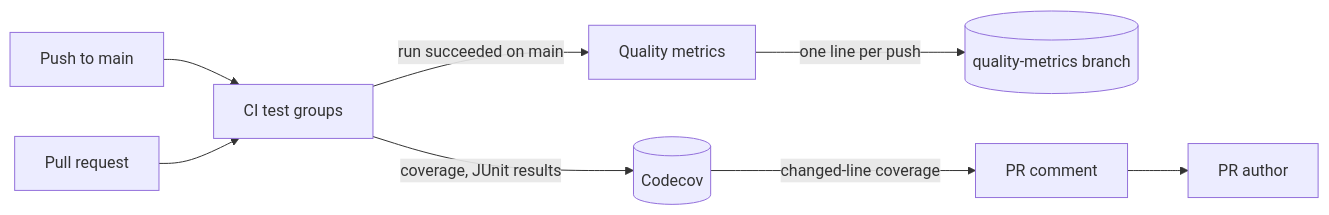
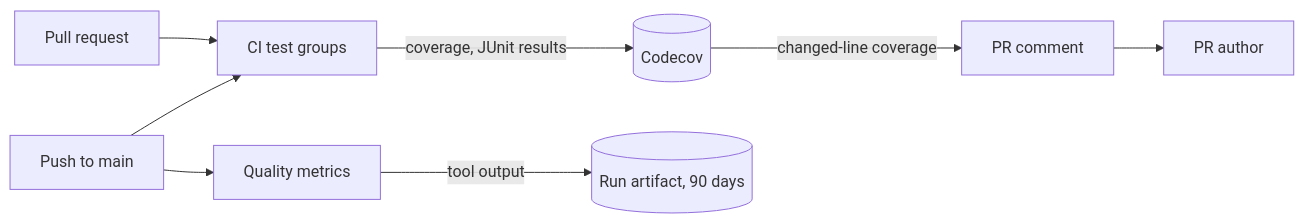
Before and after one commit to syudead/vv: the diagram in docs/design-docs/test-quality-monitoring.md, drawn with Mermaid. The commit also changed other lines of this file and 8 other files, not shown here.

First line of the commit message:
ci: Quality metrics を既存ツールの出力を artifact に残すだけにする

````diff
--- a/docs/design-docs/test-quality-monitoring.md
+++ b/docs/design-docs/test-quality-monitoring.md
@@ -10,10 +11,10 @@
 ```mermaid
 flowchart LR
   push[Push to main] --> ci[CI test groups]
-  ci -->|run succeeded on main| qm[Quality metrics]
+  push --> qm[Quality metrics]
   pr[Pull request] --> ci
   ci -->|coverage, JUnit results| codecov[(Codecov)]
-  qm -->|one line per push| hist[(quality-metrics branch)]
+  qm -->|tool output| art[(Run artifact, 90 days)]
   codecov -->|changed-line coverage| prc[PR comment]
   prc --> author[PR author]
 ```
````
